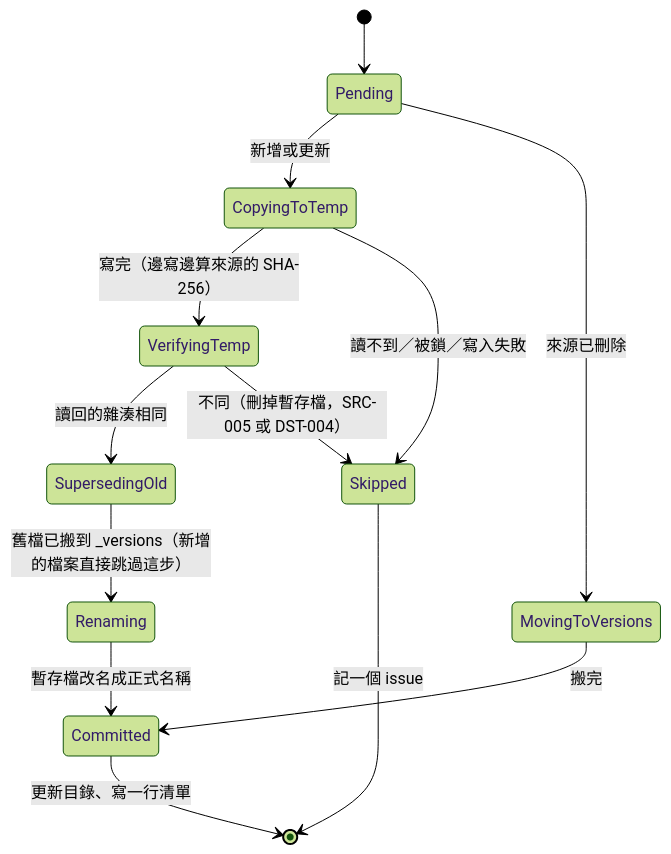
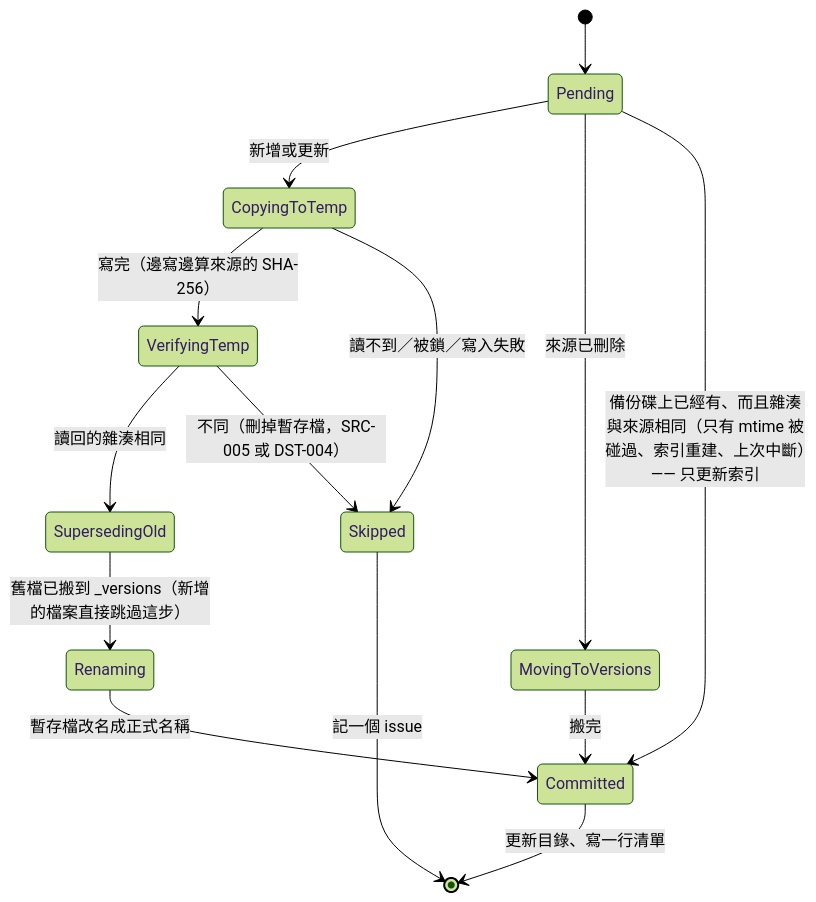
One commit to SpringRain555/nucifraga changed the second of 3 diagrams in docs/architecture/state-machines.md. Above: the diagram before and after it, drawn with Mermaid (forest theme). The commit also changed other lines of this file and 75 other files, not shown here.

````diff
--- a/docs/architecture/state-machines.md
+++ b/docs/architecture/state-machines.md
@@ -85,16 +95,17 @@
 ```mermaid
 %% name: file-op
 stateDiagram-v2
   [*] --> Pending
   Pending --> CopyingToTemp: 新增或更新
   Pending --> MovingToVersions: 來源已刪除
+  Pending --> Committed: 備份碟上已經有、而且雜湊與來源相同（只有 mtime 被碰過、索引重建、上次中斷）—— 只更新索引
   CopyingToTemp --> VerifyingTemp: 寫完（邊寫邊算來源的 SHA-256）
   CopyingToTemp --> Skipped: 讀不到／被鎖／寫入失敗
   VerifyingTemp --> SupersedingOld: 讀回的雜湊相同
   VerifyingTemp --> Skipped: 不同（刪掉暫存檔，SRC-005 或 DST-004）
   SupersedingOld --> Renaming: 舊檔已搬到 _versions（新增的檔案直接跳過這步）
   Renaming --> Committed: 暫存檔改名成正式名稱
   MovingToVersions --> Committed: 搬完
   Committed --> [*]: 更新目錄、寫一行清單
   Skipped --> [*]: 記一個 issue
 ```
````
